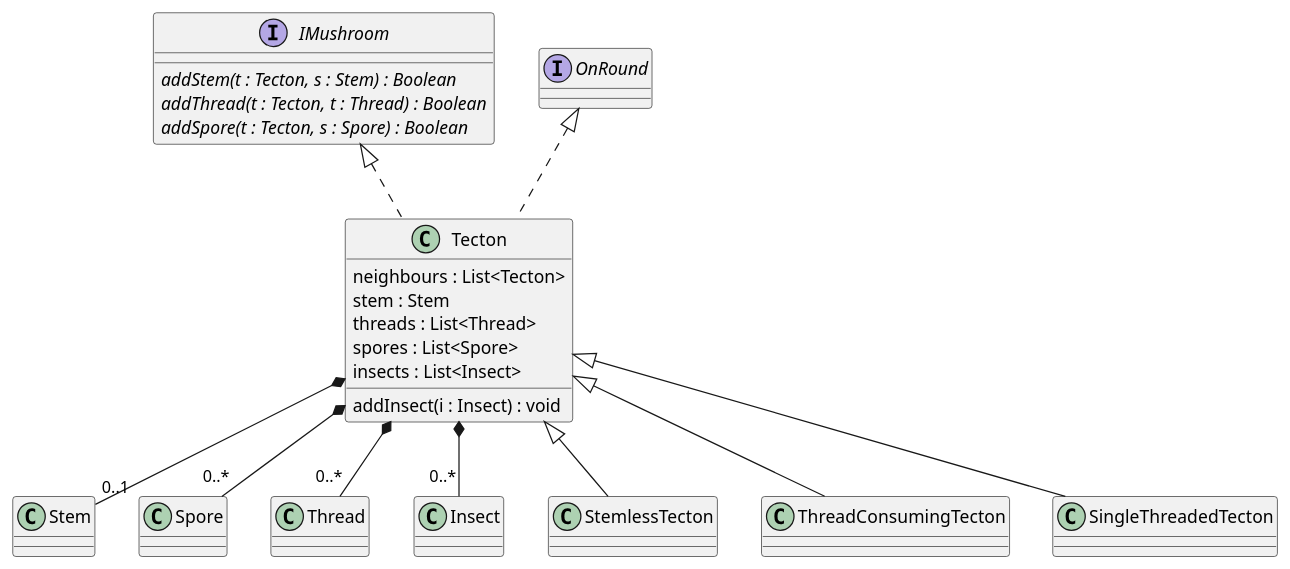
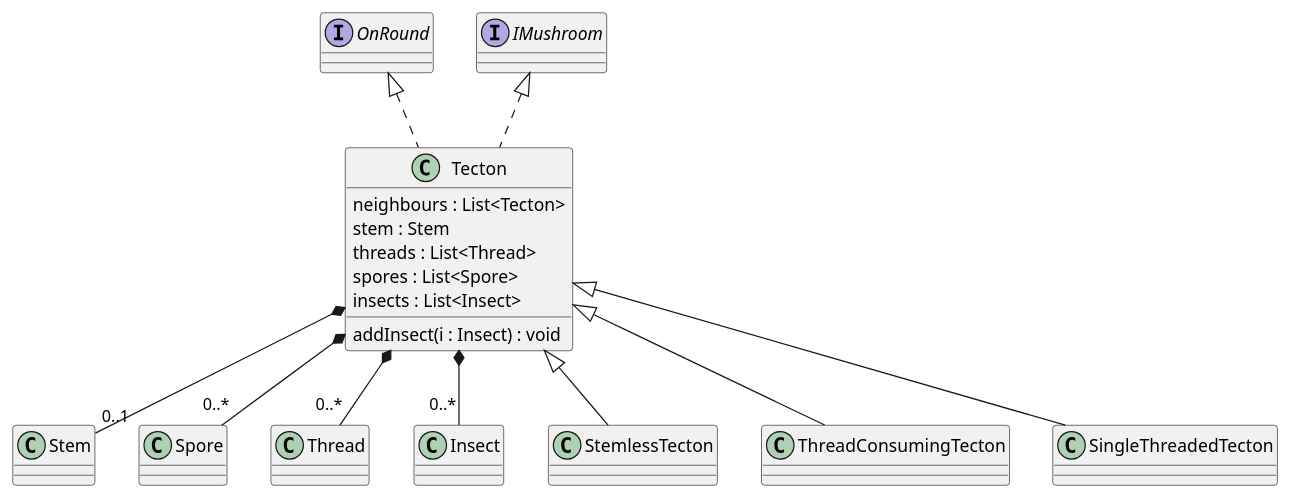
Before and after one commit to Petya-G/fungorium: the diagram in 4/classes/tecton.puml, drawn with PlantUML. The commit also changed 5 other files, not shown here.

```diff
--- a/4/classes/tecton.puml
+++ b/4/classes/tecton.puml
@@ -1,25 +1,19 @@
 @startuml tecton
-
-interface IMushroom{
-    {abstract} addStem(t : Tecton, s : Stem) : Boolean
-    {abstract} addThread(t : Tecton, t : Thread) : Boolean
-    {abstract} addSpore(t : Tecton, s : Spore) : Boolean
-}
 
 Tecton *-- "0..1" Stem
 Tecton *-- "0..*" Spore
 Tecton *-- "0..*" Thread
 Tecton *-- "0..*" Insect
 class Tecton implements OnRound, IMushroom{
     neighbours : List<Tecton>
     stem : Stem
     threads : List<Thread>
     spores : List<Spore>
     insects : List<Insect>
     addInsect(i : Insect) : void
 }
 
 class StemlessTecton extends Tecton {}
 class ThreadConsumingTecton extends Tecton {}
 class SingleThreadedTecton extends Tecton {}
 @enduml
```
